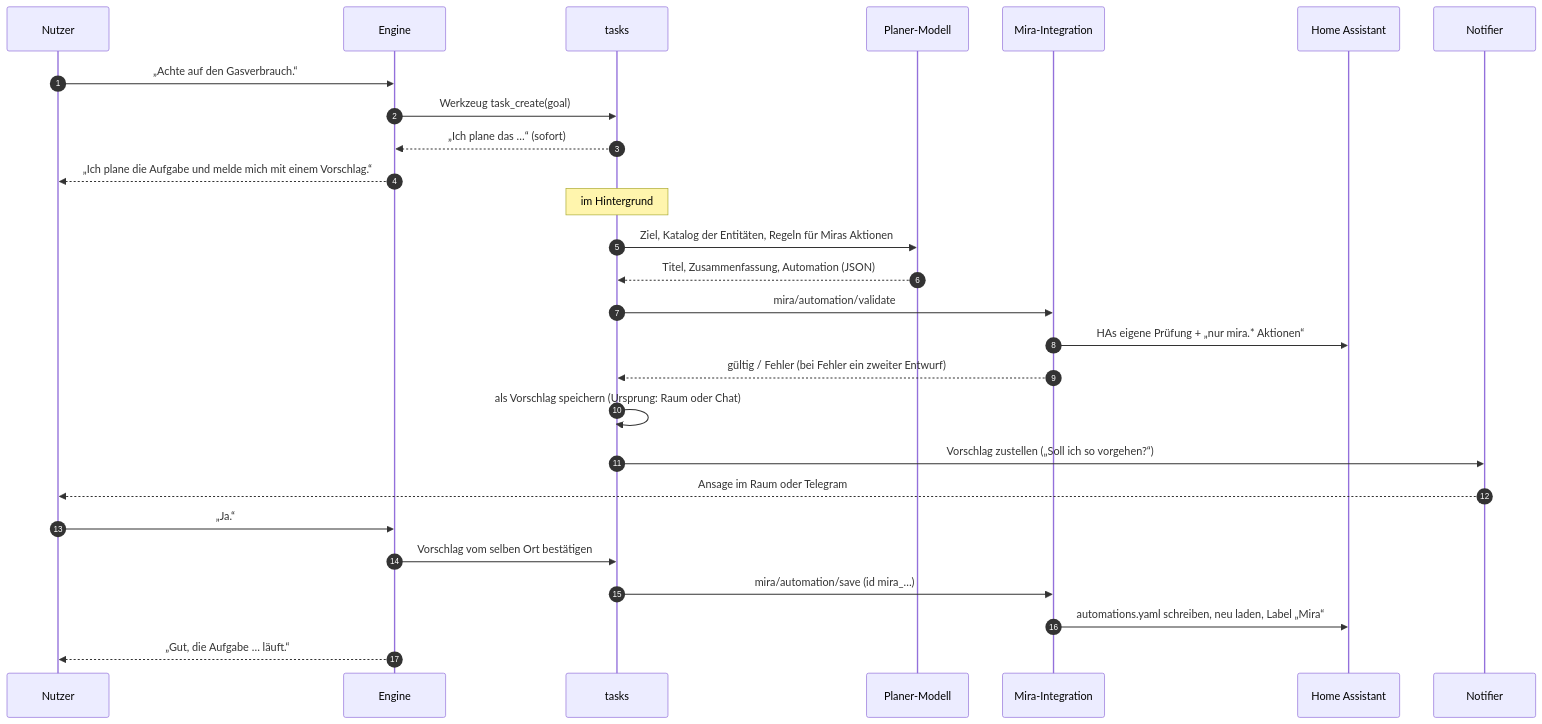
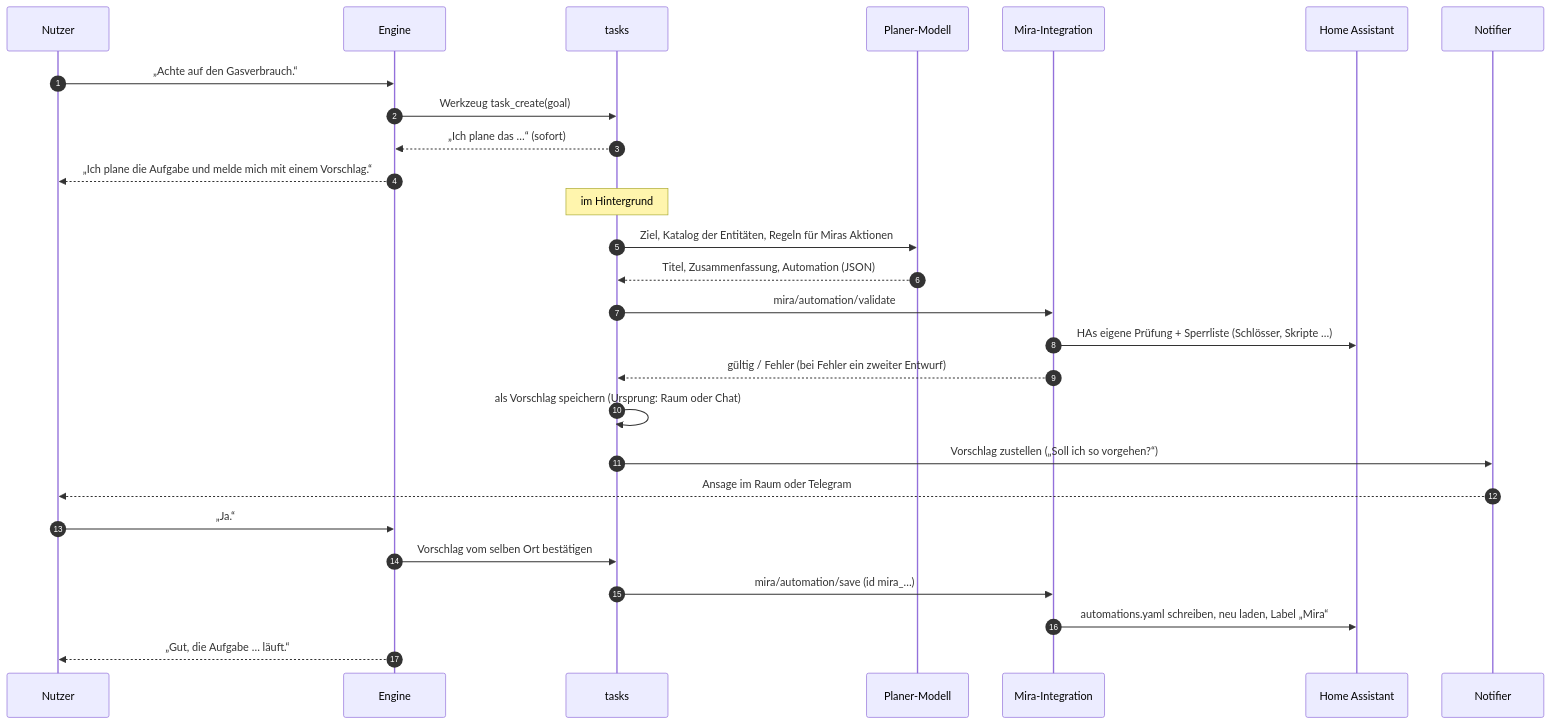
Before and after one commit to miraassist/mira: the third of 6 diagrams in docs/system.md, drawn with Mermaid. The commit also changed other lines of this file and 8 other files, not shown here.

````diff
--- a/docs/system.md
+++ b/docs/system.md
@@ -167,30 +167,30 @@
 ```mermaid
 sequenceDiagram
     autonumber
     participant U as Nutzer
     participant E as Engine
     participant T as tasks
     participant P as Planer-Modell
     participant I as Mira-Integration
     participant HA as Home Assistant
     participant N as Notifier
 
     U->>E: „Achte auf den Gasverbrauch.“
     E->>T: Werkzeug task_create(goal)
     T-->>E: „Ich plane das …“ (sofort)
     E-->>U: „Ich plane die Aufgabe und melde mich mit einem Vorschlag.“
     Note over T: im Hintergrund
     T->>P: Ziel, Katalog der Entitäten, Regeln für Miras Aktionen
     P-->>T: Titel, Zusammenfassung, Automation (JSON)
     T->>I: mira/automation/validate
-    I->>HA: HAs eigene Prüfung + „nur mira.* Aktionen“
+    I->>HA: HAs eigene Prüfung + Sperrliste (Schlösser, Skripte …)
     I-->>T: gültig / Fehler (bei Fehler ein zweiter Entwurf)
     T->>T: als Vorschlag speichern (Ursprung: Raum oder Chat)
     T->>N: Vorschlag zustellen („Soll ich so vorgehen?“)
     N-->>U: Ansage im Raum oder Telegram
     U->>E: „Ja.“
     E->>T: Vorschlag vom selben Ort bestätigen
     T->>I: mira/automation/save (id mira_…)
     I->>HA: automations.yaml schreiben, neu laden, Label „Mira“
     E-->>U: „Gut, die Aufgabe … läuft.“
 ```
````
